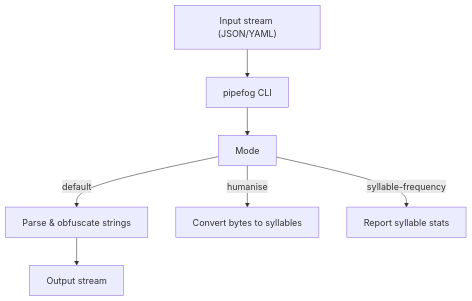
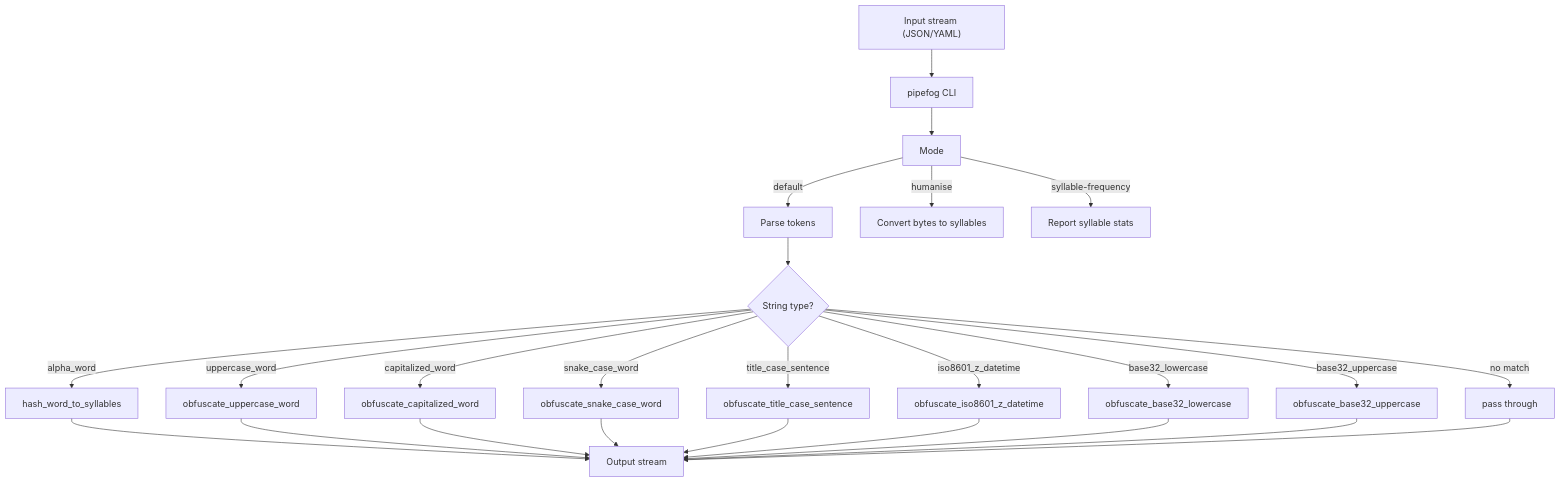
One commit to renatgalimov/pipefog changed the diagram in README.md. Above: the diagram before and after it, drawn with Mermaid.

Commit message:
docs: expand default pipeline details

````diff
--- a/README.md
+++ b/README.md
@@ -37,9 +37,27 @@
 ```mermaid
 graph TD
     A["Input stream (JSON/YAML)"] --> B["pipefog CLI"]
     B --> C["Mode"]
-    C -->|default| D["Parse & obfuscate strings"]
-    D --> E["Output stream"]
+    C -->|default| D1["Parse tokens"]
+    D1 --> D2{String type?}
+    D2 -->|alpha_word| H1["hash_word_to_syllables"]
+    D2 -->|uppercase_word| H2["obfuscate_uppercase_word"]
+    D2 -->|capitalized_word| H3["obfuscate_capitalized_word"]
+    D2 -->|snake_case_word| H4["obfuscate_snake_case_word"]
+    D2 -->|title_case_sentence| H5["obfuscate_title_case_sentence"]
+    D2 -->|iso8601_z_datetime| H6["obfuscate_iso8601_z_datetime"]
+    D2 -->|base32_lowercase| H7["obfuscate_base32_lowercase"]
+    D2 -->|base32_uppercase| H8["obfuscate_base32_uppercase"]
+    D2 -->|no match| H9["pass through"]
+    H1 --> E["Output stream"]
+    H2 --> E
+    H3 --> E
+    H4 --> E
+    H5 --> E
+    H6 --> E
+    H7 --> E
+    H8 --> E
+    H9 --> E
     C -->|humanise| F["Convert bytes to syllables"]
     C -->|syllable-frequency| G["Report syllable stats"]
 ```
````
